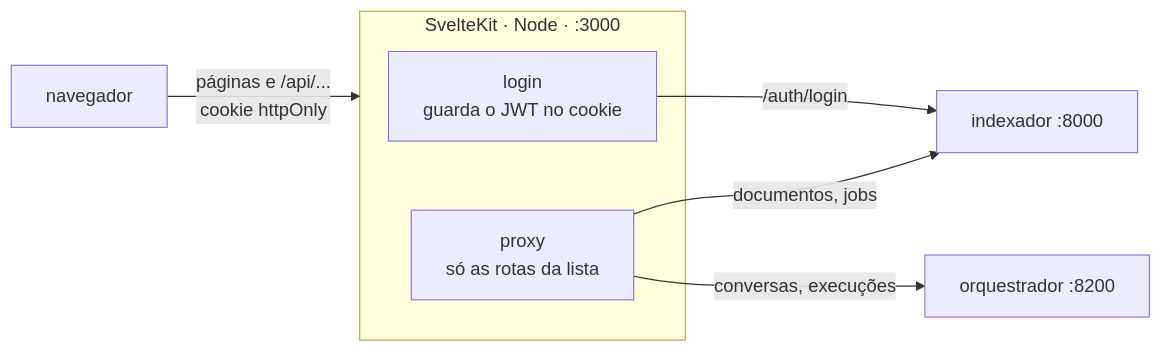
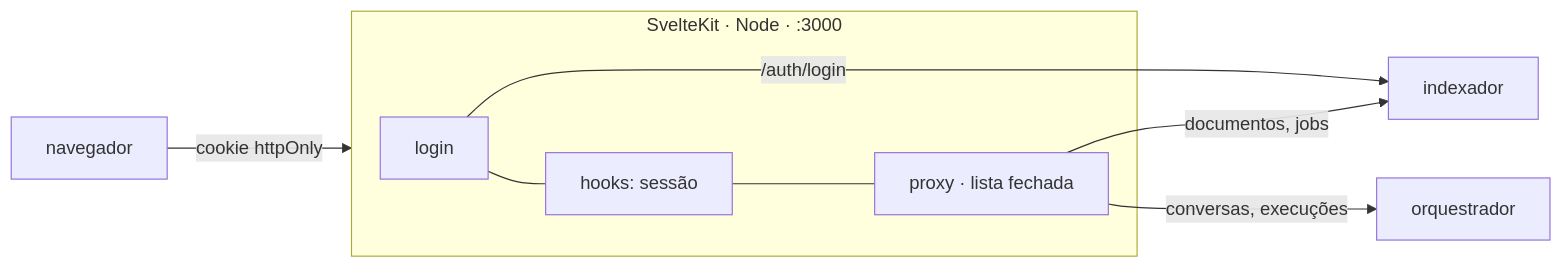
Before and after one commit to proscholdt/MultAgent_AnaliseDocumental: the diagram in frontend/README.md, drawn with Mermaid. The commit also changed other lines of this file and 9 other files, not shown here.

````diff
--- a/frontend/README.md
+++ b/frontend/README.md
@@ -35,11 +8,10 @@
 ```mermaid
 flowchart LR
-    N[navegador] -->|páginas e /api/...<br/>cookie httpOnly| SK
+    N[navegador] -->|cookie httpOnly| SK
     subgraph SK[SvelteKit · Node · :3000]
-        L[login<br/>guarda o JWT no cookie]
-        P[proxy<br/>só as rotas da lista]
+        L[login] --- H[hooks: sessão] --- P[proxy · lista fechada]
     end
-    L -->|/auth/login| IDX[indexador :8000]
+    L -->|/auth/login| IDX[indexador]
     P -->|documentos, jobs| IDX
-    P -->|conversas, execuções| AG[orquestrador :8200]
+    P -->|conversas, execuções| ORQ[orquestrador]
 ```
````
